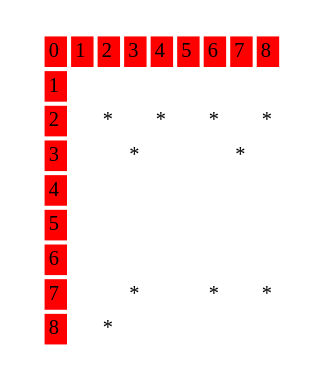
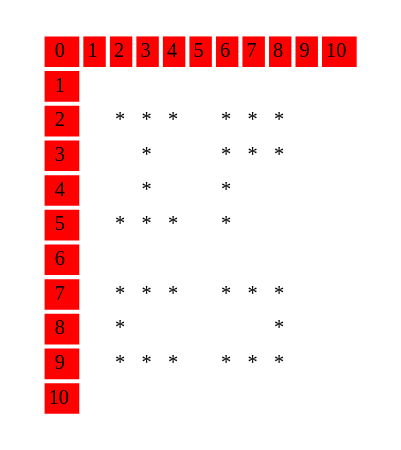
Before and after one commit to Alexz330/IPC2_Proyecto2_201908359: the diagram in grafica.dot, drawn with Graphviz. The commit also changed 2 other files, not shown here.

```diff
--- a/grafica.dot
+++ b/grafica.dot
@@ -1,5 +1,5 @@
 digraph dibujo{
 tabla[shape = plaintext, fontsize = 10, label = <
 <TABLE BORDER = " 0" border  = "0" cellborder = "0">
-"<tr><td BGCOLOR="red">0</td><td BGCOLOR="red">1</td><td BGCOLOR="red">2</td><td BGCOLOR="red">3</td><td BGCOLOR="red">4</td><td BGCOLOR="red">5</td><td BGCOLOR="red">6</td><td BGCOLOR="red">7</td><td BGCOLOR="red">8</td></tr><tr><td BGCOLOR="red">1</td><td> </td><td> </td><td> </td><td> </td><td> </td><td> </td><td> </td><td> </td></tr><tr><td BGCOLOR="red">2</td><td> </td><td>*</td><td> </td><td>*</td><td> </td><td>*</td><td> </td><td>*</td></tr><tr><td BGCOLOR="red">3</td><td> </td><td> </td><td>*</td><td> </td><td> </td><td> </td><td>*</td><td> </td></tr><tr><td BGCOLOR="red">4</td><td> </td><td> </td><td> </td><td> </td><td> </td><td> </td><td> </td><td> </td></tr><tr><td BGCOLOR="red">5</td><td> </td><td> </td><td> </td><td> </td><td> </td><td> </td><td> </td><td> </td></tr><tr><td BGCOLOR="red">6</td><td> </td><td> </td><td> </td><td> </td><td> </td><td> </td><td> </td><td> </td></tr><tr><td BGCOLOR="red">7</td><td> </td><td> </td><td>*</td><td> </td><td> </td><td>*</td><td> </td><td>*</td></tr><tr><td BGCOLOR="red">8</td><td> </td><td>*</td><td> </td><td> </td><td> </td><td> </td><td> </td><td> </td></tr></TABLE>
+"<tr><td BGCOLOR="red">0</td><td BGCOLOR="red">1</td><td BGCOLOR="red">2</td><td BGCOLOR="red">3</td><td BGCOLOR="red">4</td><td BGCOLOR="red">5</td><td BGCOLOR="red">6</td><td BGCOLOR="red">7</td><td BGCOLOR="red">8</td><td BGCOLOR="red">9</td><td BGCOLOR="red">10</td></tr><tr><td BGCOLOR="red">1</td><td> </td><td> </td><td> </td><td> </td><td> </td><td> </td><td> </td><td> </td><td> </td><td> </td></tr><tr><td BGCOLOR="red">2</td><td> </td><td>*</td><td>*</td><td>*</td><td> </td><td>*</td><td>*</td><td>*</td><td> </td><td> </td></tr><tr><td BGCOLOR="red">3</td><td> </td><td> </td><td>*</td><td> </td><td> </td><td>*</td><td>*</td><td>*</td><td> </td><td> </td></tr><tr><td BGCOLOR="red">4</td><td> </td><td> </td><td>*</td><td> </td><td> </td><td>*</td><td> </td><td> </td><td> </td><td> </td></tr><tr><td BGCOLOR="red">5</td><td> </td><td>*</td><td>*</td><td>*</td><td> </td><td>*</td><td> </td><td> </td><td> </td><td> </td></tr><tr><td BGCOLOR="red">6</td><td> </td><td> </td><td> </td><td> </td><td> </td><td> </td><td> </td><td> </td><td> </td><td> </td></tr><tr><td BGCOLOR="red">7</td><td> </td><td>*</td><td>*</td><td>*</td><td> </td><td>*</td><td>*</td><td>*</td><td> </td><td> </td></tr><tr><td BGCOLOR="red">8</td><td> </td><td>*</td><td> </td><td> </td><td> </td><td> </td><td> </td><td>*</td><td> </td><td> </td></tr><tr><td BGCOLOR="red">9</td><td> </td><td>*</td><td>*</td><td>*</td><td> </td><td>*</td><td>*</td><td>*</td><td> </td><td> </td></tr><tr><td BGCOLOR="red">10</td><td> </td><td> </td><td> </td><td> </td><td> </td><td> </td><td> </td><td> </td><td> </td><td> </td></tr></TABLE>
 >];}
```
